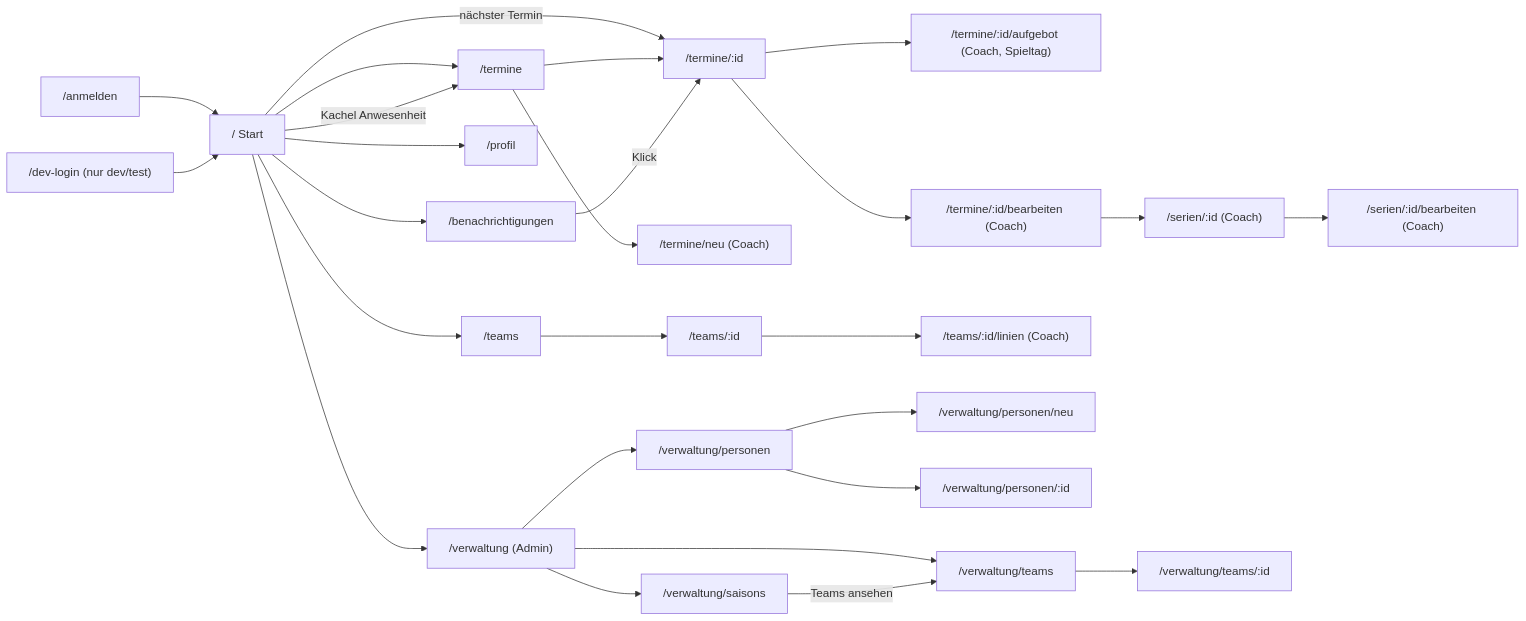
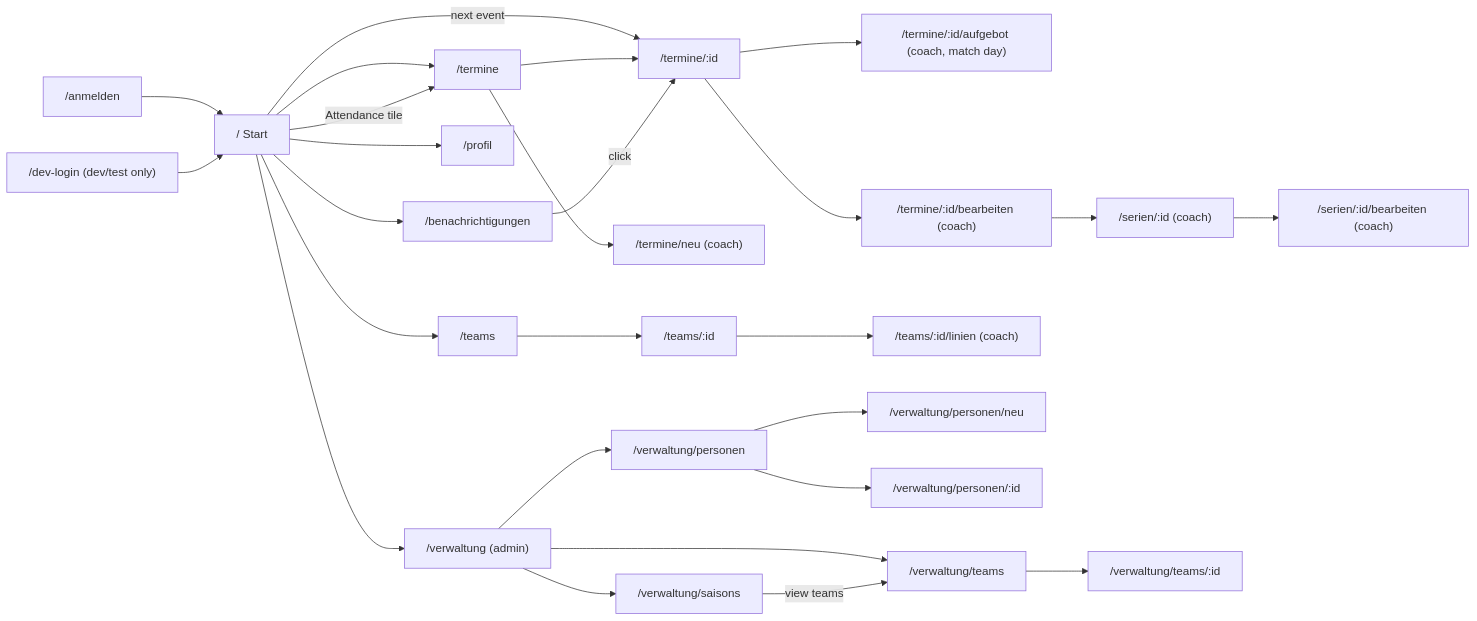
The diagram in docs/ui/navigation.md (cyrilleulmi/StvBeroPlatform), drawn with Mermaid before and after one commit. The commit also changed other lines of this file and 17 other files, not shown here.

````diff
--- a/docs/ui/navigation.md
+++ b/docs/ui/navigation.md
@@ -16,28 +16,28 @@
 ```mermaid
 flowchart LR
     Login["/anmelden"] --> Start["/ Start"]
-    DevLogin["/dev-login (nur dev/test)"] --> Start
-    Start --> Termine["/termine"]
-    Start -->|Kachel Anwesenheit| Termine
-    Start -->|nächster Termin| Detail
-    Termine --> Detail["/termine/:id"]
-    Detail --> Aufgebot["/termine/:id/aufgebot (Coach, Spieltag)"]
-    Detail --> TerminBearbeiten["/termine/:id/bearbeiten (Coach)"]
-    Termine --> TerminNeu["/termine/neu (Coach)"]
-    TerminBearbeiten --> Serie["/serien/:id (Coach)"]
-    Serie --> SerieBearbeiten["/serien/:id/bearbeiten (Coach)"]
+    DevLogin["/dev-login (dev/test only)"] --> Start
+    Start --> Events["/termine"]
+    Start -->|Attendance tile| Events
+    Start -->|next event| Detail
+    Events --> Detail["/termine/:id"]
+    Detail --> CallUp["/termine/:id/aufgebot (coach, match day)"]
+    Detail --> EditEvent["/termine/:id/bearbeiten (coach)"]
+    Events --> NewEvent["/termine/neu (coach)"]
+    EditEvent --> Series["/serien/:id (coach)"]
+    Series --> EditSeries["/serien/:id/bearbeiten (coach)"]
     Start --> Teams["/teams"]
     Teams --> Team["/teams/:id"]
-    Team --> Linien["/teams/:id/linien (Coach)"]
-    Start --> Profil["/profil"]
-    Start --> Benachrichtigungen["/benachrichtigungen"]
-    Benachrichtigungen -->|Klick| Detail
-    Start --> Verwaltung["/verwaltung (Admin)"]
-    Verwaltung --> Personen["/verwaltung/personen"]
-    Personen --> PersonNeu["/verwaltung/personen/neu"]
-    Personen --> PersonDetail["/verwaltung/personen/:id"]
-    Verwaltung --> VTeams["/verwaltung/teams"]
-    VTeams --> VTeam["/verwaltung/teams/:id"]
-    Verwaltung --> Saisons["/verwaltung/saisons"]
-    Saisons -->|Teams ansehen| VTeams
+    Team --> Lines["/teams/:id/linien (coach)"]
+    Start --> Profile["/profil"]
+    Start --> Notifications["/benachrichtigungen"]
+    Notifications -->|click| Detail
+    Start --> Admin["/verwaltung (admin)"]
+    Admin --> People["/verwaltung/personen"]
+    People --> NewPerson["/verwaltung/personen/neu"]
+    People --> PersonDetail["/verwaltung/personen/:id"]
+    Admin --> ATeams["/verwaltung/teams"]
+    ATeams --> ATeam["/verwaltung/teams/:id"]
+    Admin --> Seasons["/verwaltung/saisons"]
+    Seasons -->|view teams| ATeams
 ```
````
